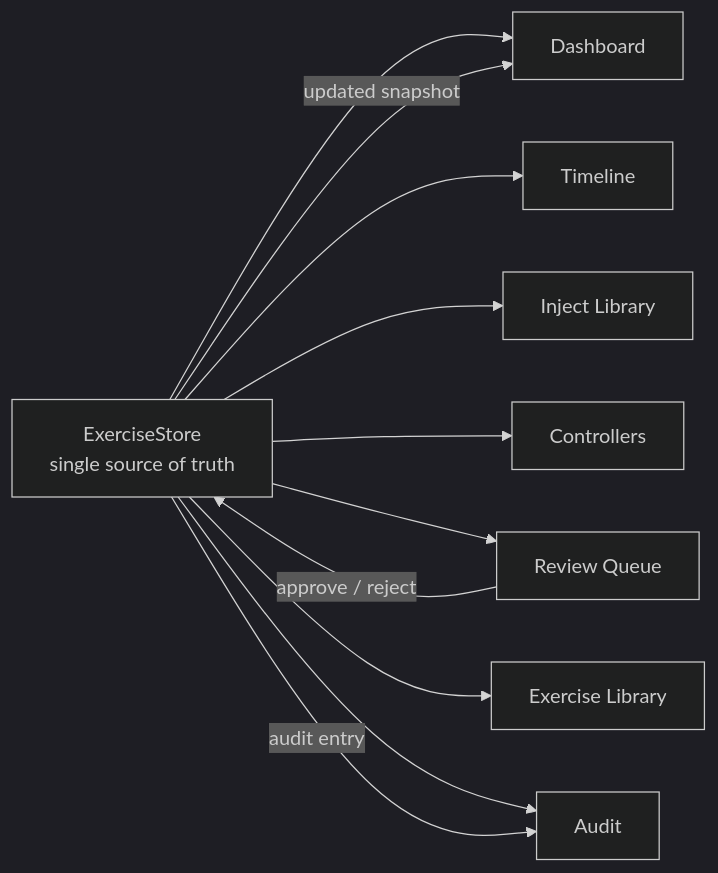
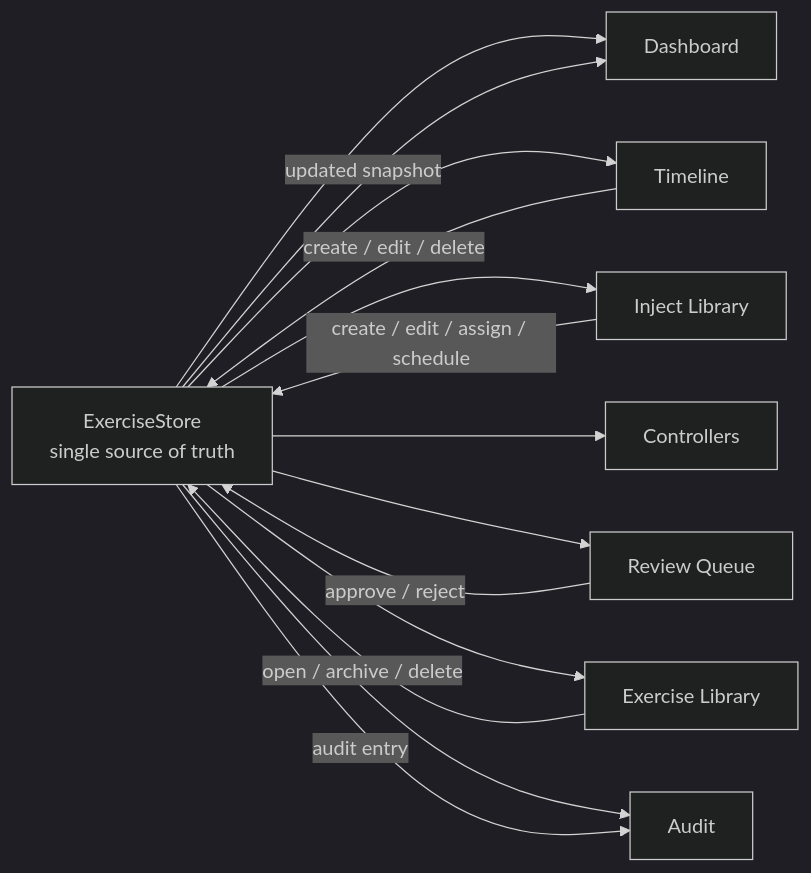
One commit to alexr080413-beep/project-forge changed the diagram in FORGE_STUDIO_WEB.md. Above: the diagram before and after it, drawn with Mermaid (dark theme). The commit also changed other lines of this file and 7 other files, not shown here.

````diff
--- a/FORGE_STUDIO_WEB.md
+++ b/FORGE_STUDIO_WEB.md
@@ -90,13 +91,16 @@
 ```mermaid
 flowchart LR
     store["ExerciseStore<br/>single source of truth"] --> dashboard["Dashboard"]
     store --> timeline["Timeline"]
     store --> injects["Inject Library"]
     store --> controllers["Controllers"]
     store --> review["Review Queue"]
     store --> library["Exercise Library"]
     store --> audit["Audit"]
     review -->|"approve / reject"| store
+    injects -->|"create / edit / assign / schedule"| store
+    timeline -->|"create / edit / delete"| store
+    library -->|"open / archive / delete"| store
     store -->|"updated snapshot"| dashboard
     store -->|"audit entry"| audit
 ```
````
